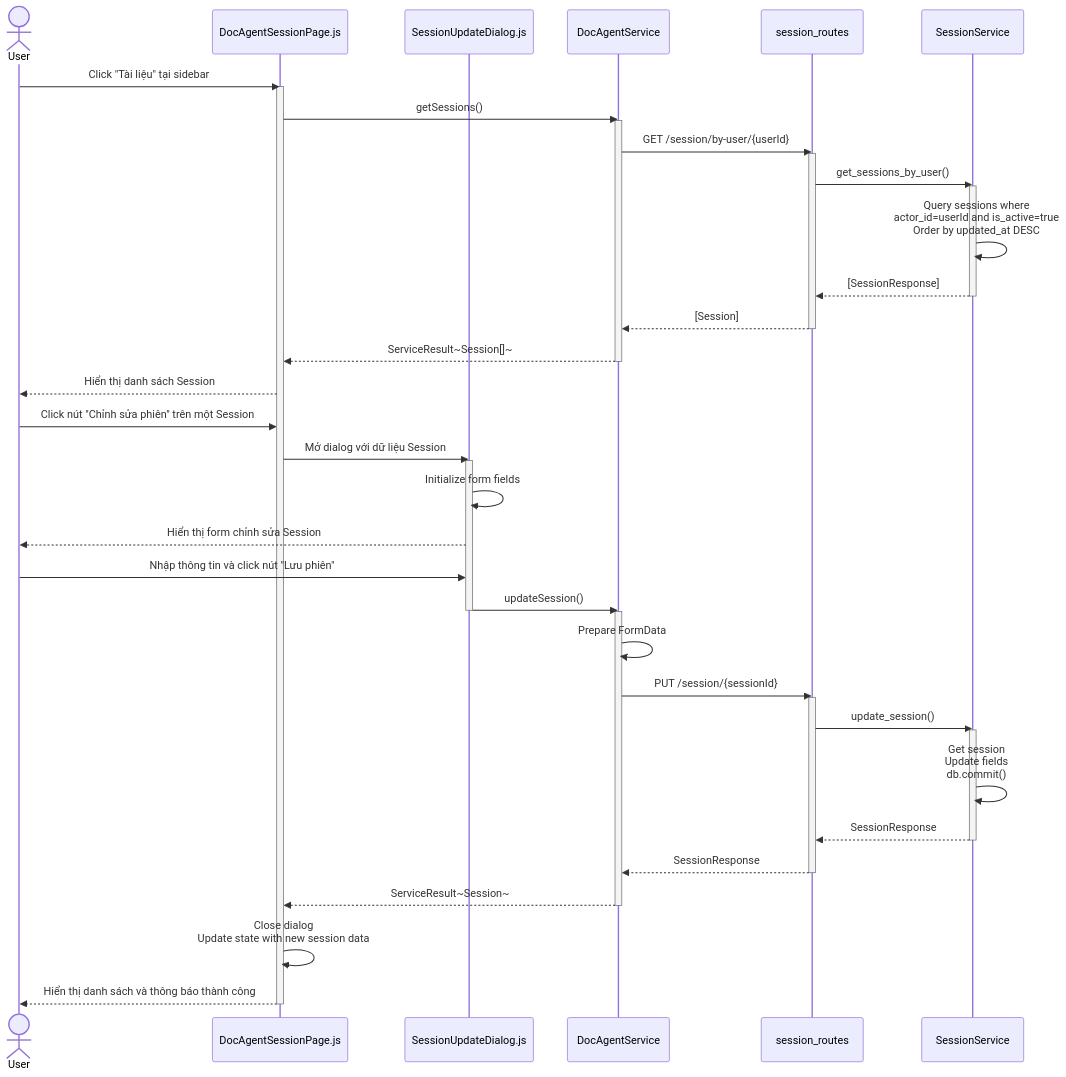
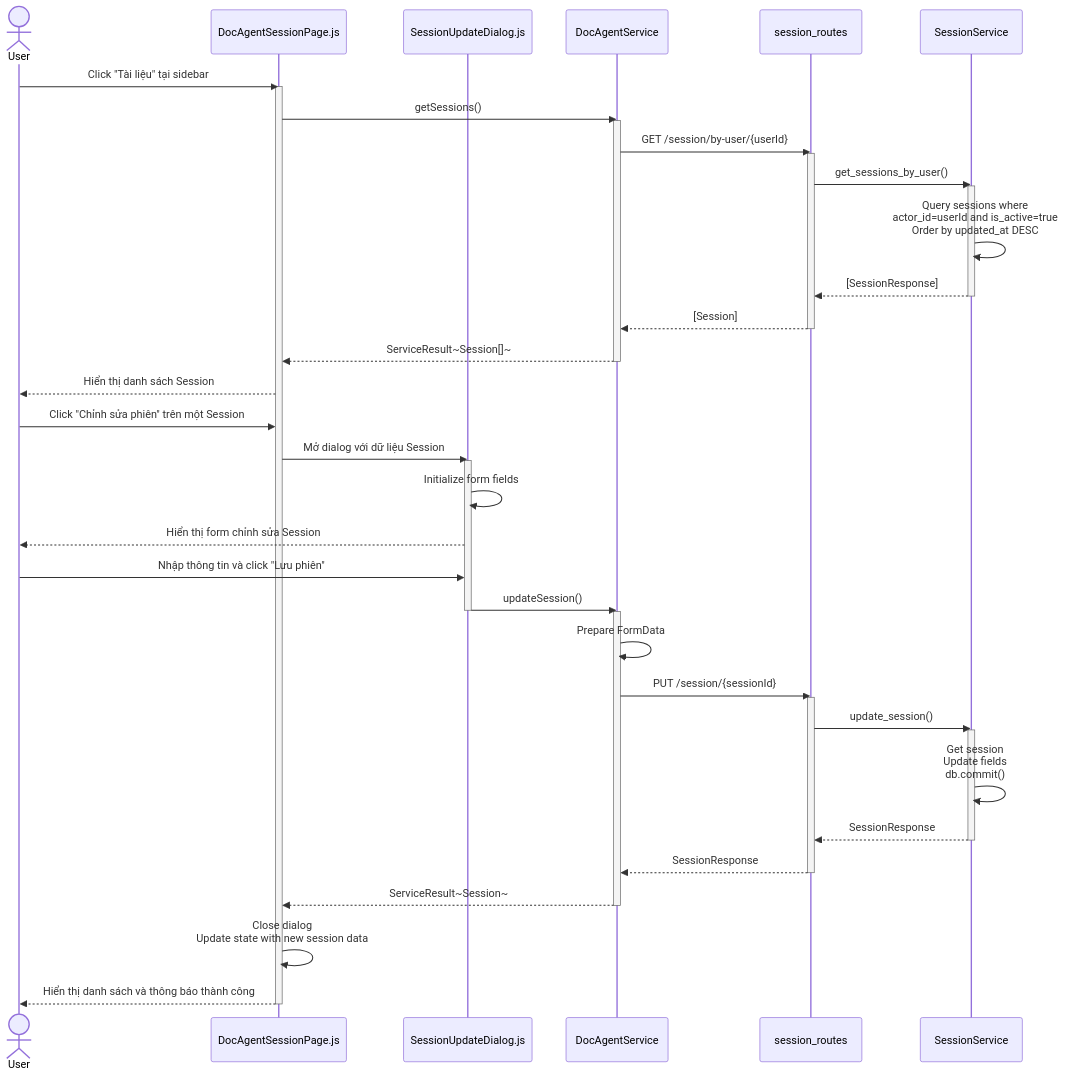
Before and after one commit to mduc-2610/gp_doc: the third of 4 diagrams in session/4_session_management_seq.md, drawn with Mermaid. The commit also changed other lines of this file and 39 other files, not shown here.

Commit message:
add session sequence

````diff
--- a/session/4_session_management_seq.md
+++ b/session/4_session_management_seq.md
@@ -117,63 +117,63 @@
 ```mermaid
 sequenceDiagram
     actor User
     participant DocAgentSessionPage as DocAgentSessionPage.js
     participant SessionUpdateDialog as SessionUpdateDialog.js
     participant DocAgentService as DocAgentService
     participant SessionRoutes as session_routes
     participant SessionService as SessionService
 
     User->>DocAgentSessionPage: Click "Tài liệu" tại sidebar
     activate DocAgentSessionPage
     
     DocAgentSessionPage->>DocAgentService: getSessions()
     activate DocAgentService
     DocAgentService->>SessionRoutes: GET /session/by-user/{userId}
     activate SessionRoutes
     SessionRoutes->>SessionService: get_sessions_by_user()
     activate SessionService
     SessionService->>SessionService: Query sessions where<br/>actor_id=userId and is_active=true<br/>Order by updated_at DESC
     SessionService-->>SessionRoutes: [SessionResponse]
     deactivate SessionService
     SessionRoutes-->>DocAgentService: [Session]
     deactivate SessionRoutes
     DocAgentService-->>DocAgentSessionPage: ServiceResult~Session[]~
     deactivate DocAgentService
     
     DocAgentSessionPage-->>User: Hiển thị danh sách Session
     
-    User->>DocAgentSessionPage: Click nút "Chỉnh sửa phiên" trên một Session
+    User->>DocAgentSessionPage: Click "Chỉnh sửa phiên" trên một Session
     
     DocAgentSessionPage->>SessionUpdateDialog: Mở dialog với dữ liệu Session
     activate SessionUpdateDialog
     
     SessionUpdateDialog->>SessionUpdateDialog: Initialize form fields
     SessionUpdateDialog-->>User: Hiển thị form chỉnh sửa Session
     
-    User->>SessionUpdateDialog: Nhập thông tin và click nút "Lưu phiên"
+    User->>SessionUpdateDialog: Nhập thông tin và click "Lưu phiên"
     
     SessionUpdateDialog->>DocAgentService: updateSession()
     deactivate SessionUpdateDialog
     activate DocAgentService
     
     DocAgentService->>DocAgentService: Prepare FormData
     DocAgentService->>SessionRoutes: PUT /session/{sessionId}
     activate SessionRoutes
     
     SessionRoutes->>SessionService: update_session()
     activate SessionService
     
     SessionService->>SessionService: Get session<br/>Update fields<br/>db.commit()
     SessionService-->>SessionRoutes: SessionResponse
     deactivate SessionService
     
     SessionRoutes-->>DocAgentService: SessionResponse
     deactivate SessionRoutes
     
     DocAgentService-->>DocAgentSessionPage: ServiceResult~Session~
     deactivate DocAgentService
     
     DocAgentSessionPage->>DocAgentSessionPage: Close dialog<br/>Update state with new session data
     DocAgentSessionPage-->>User: Hiển thị danh sách và thông báo thành công
     deactivate DocAgentSessionPage
 ```
````
